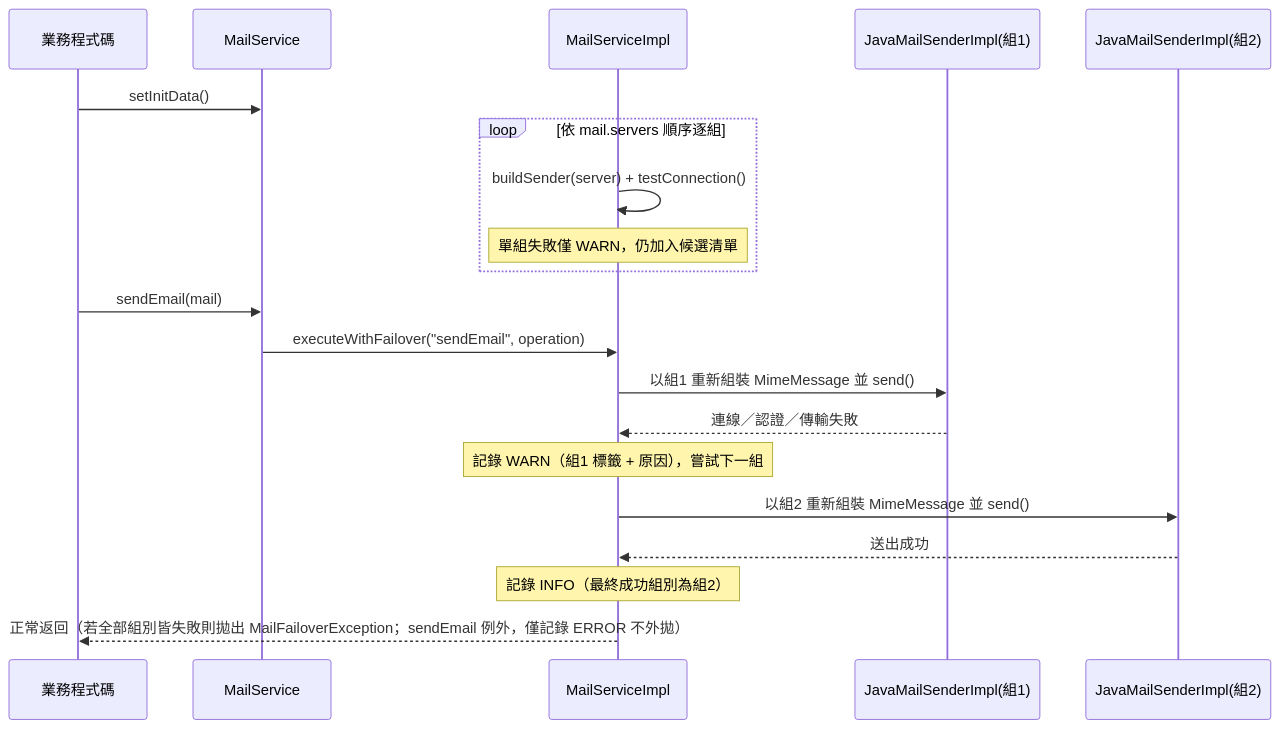
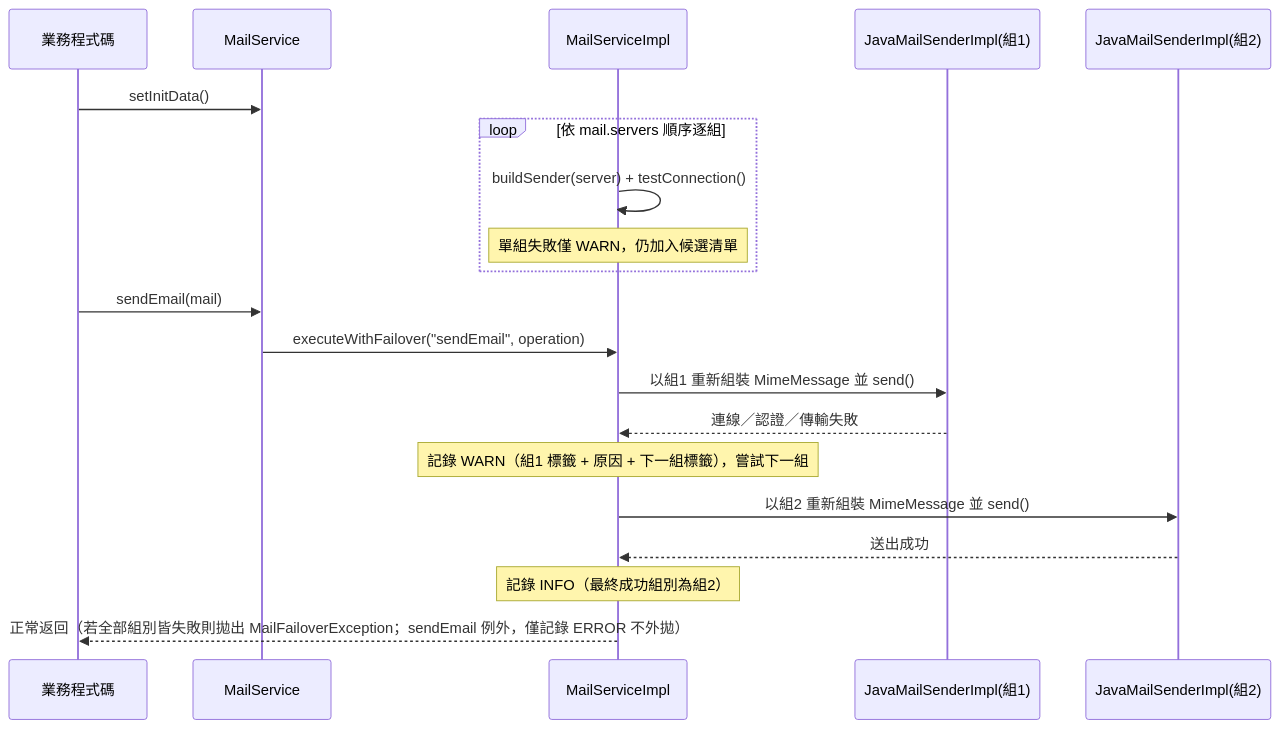
Before and after one commit to a09090443/zipe-spring-boot-starters: the diagram in doc-site/docs/base-starter/architecture.md, drawn with Mermaid. The commit also changed other lines of this file and 3 other files, not shown here.

````diff
--- a/doc-site/docs/base-starter/architecture.md
+++ b/doc-site/docs/base-starter/architecture.md
@@ -394,24 +394,24 @@
 ```mermaid
 sequenceDiagram
     participant 業務程式碼
     participant MailService
     participant MailServiceImpl
     participant Server1 as JavaMailSenderImpl(組1)
     participant Server2 as JavaMailSenderImpl(組2)
 
     業務程式碼->>MailService: setInitData()
     loop 依 mail.servers 順序逐組
         MailServiceImpl->>MailServiceImpl: buildSender(server) + testConnection()
         Note over MailServiceImpl: 單組失敗僅 WARN，仍加入候選清單
     end
 
     業務程式碼->>MailService: sendEmail(mail)
     MailService->>MailServiceImpl: executeWithFailover("sendEmail", operation)
     MailServiceImpl->>Server1: 以組1 重新組裝 MimeMessage 並 send()
     Server1-->>MailServiceImpl: 連線／認證／傳輸失敗
-    Note over MailServiceImpl: 記錄 WARN（組1 標籤 + 原因），嘗試下一組
+    Note over MailServiceImpl: 記錄 WARN（組1 標籤 + 原因 + 下一組標籤），嘗試下一組
     MailServiceImpl->>Server2: 以組2 重新組裝 MimeMessage 並 send()
     Server2-->>MailServiceImpl: 送出成功
     Note over MailServiceImpl: 記錄 INFO（最終成功組別為組2）
     MailServiceImpl-->>業務程式碼: 正常返回（若全部組別皆失敗則拋出 MailFailoverException；sendEmail 例外，僅記錄 ERROR 不外拋）
 ```
````
